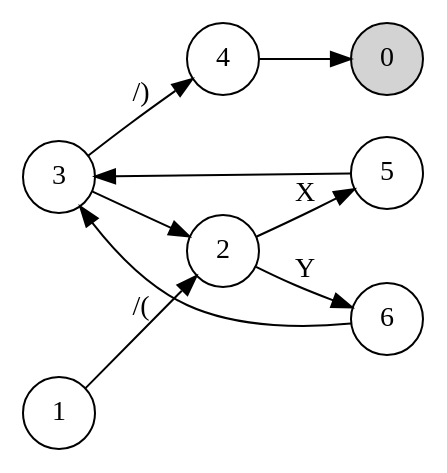
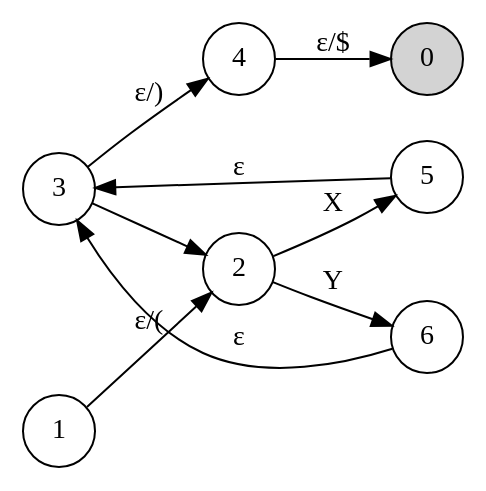
The diagram in doc/dot/captplus.dot (rdentato/yrx), drawn with Graphviz before and after one commit. The commit also changed 8 other files, not shown here.

```diff
--- a/doc/dot/captplus.dot
+++ b/doc/dot/captplus.dot
@@ -1,13 +1,13 @@
 digraph finite_state_machine {
         rankdir=LR;
         node [shape = circle];
         0 [  style= filled, label = "0"] ;
-        1 -> 2 [ label = "/(" ] ;
+        1 -> 2 [ label = "&epsilon;/(" ] ;
         2 -> 5 [ label = "X" ] ;
         2 -> 6 [ label = "Y" ] ;
         3 -> 2
-        3 -> 4 [ label = "/)" ] ;
-        5 -> 3 [ label = "" ] ;
-        6 -> 3 [ label = "" ] ;
-        4 -> 0
+        3 -> 4 [ label = "&epsilon;/)" ] ;
+        5 -> 3 [ label = "&epsilon;" ] ;
+        6 -> 3 [ label = "&epsilon;" ] ;
+        4 -> 0 [ label = "&epsilon;/$" ] ;
 }
```
